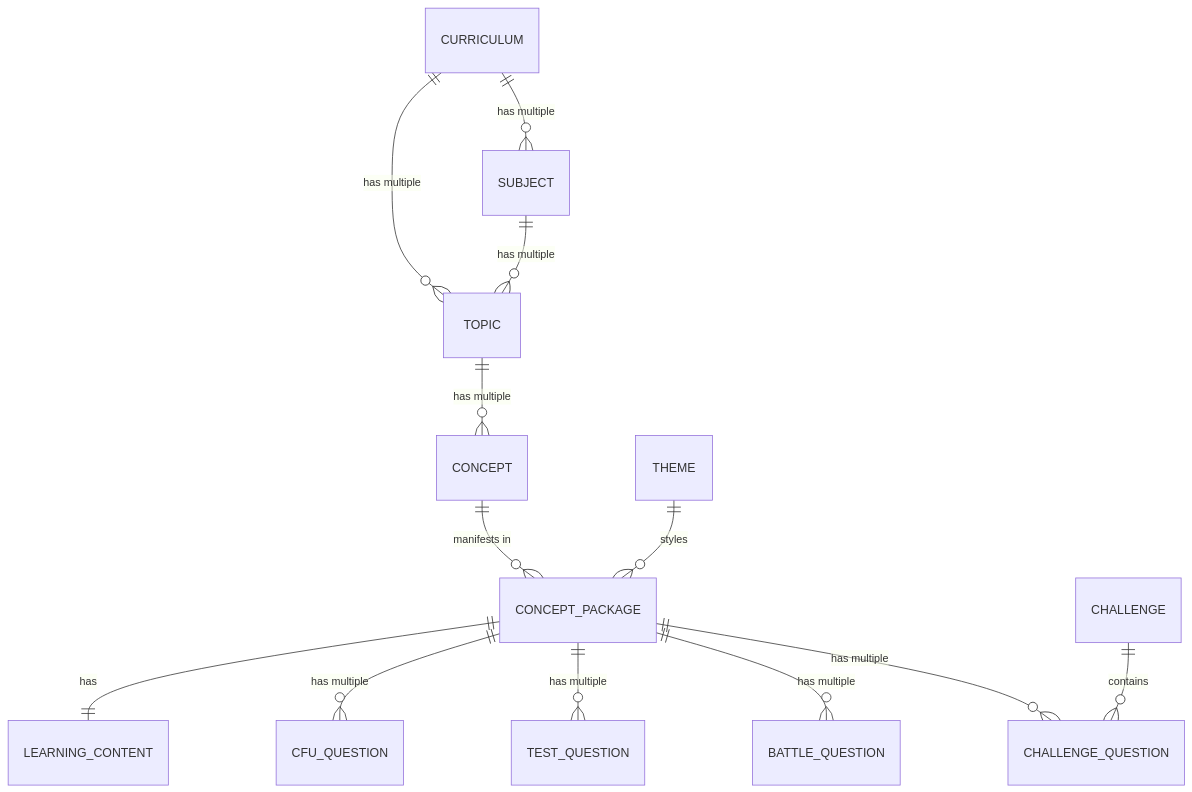
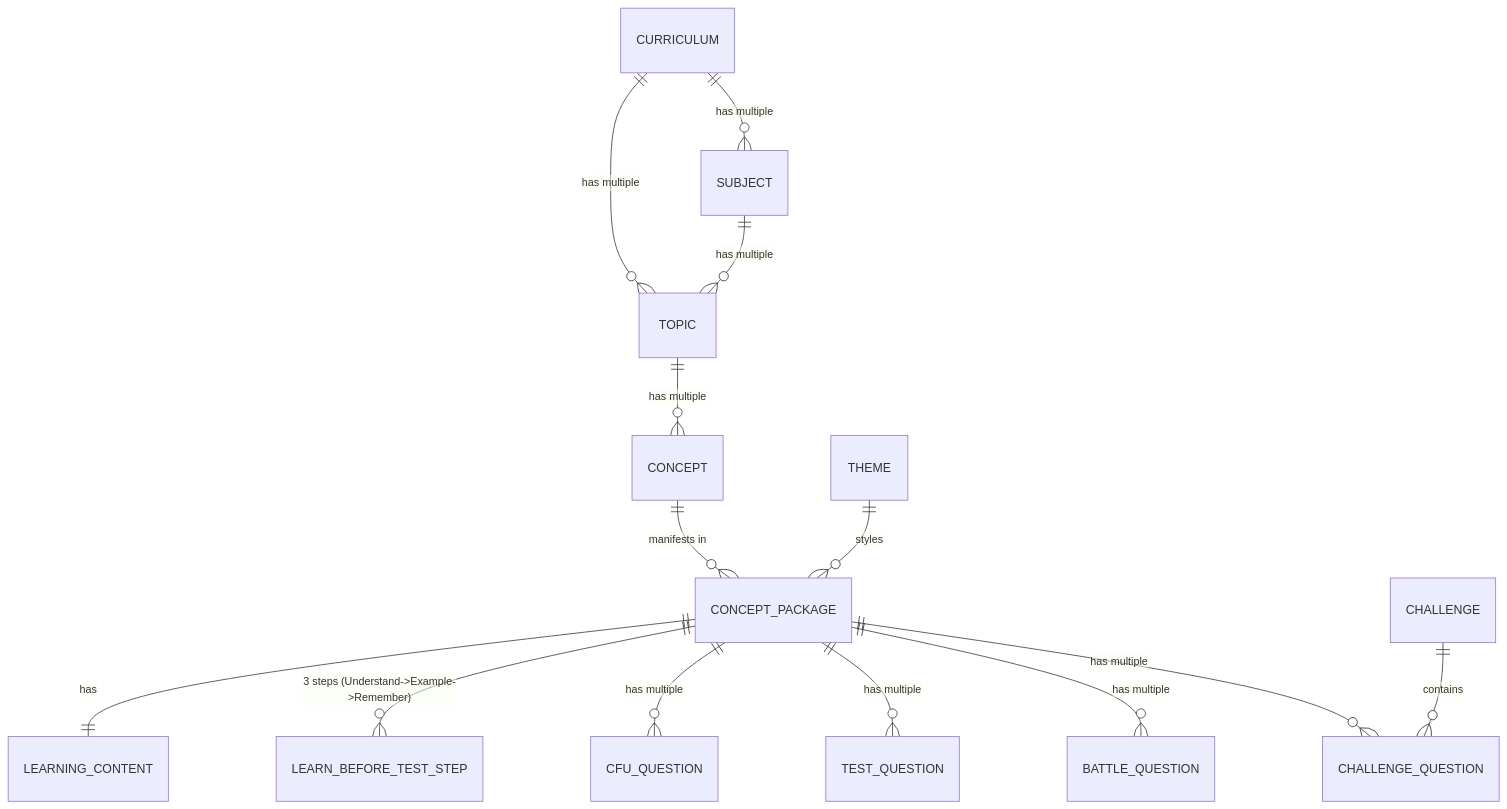
One commit to goel-prakhar/kidsverse changed the diagram in CURRICULUM_CONTENT_API.md. Above: the diagram before and after it, drawn with Mermaid. The commit also changed other lines of this file and 14 other files, not shown here.

````diff
--- a/CURRICULUM_CONTENT_API.md
+++ b/CURRICULUM_CONTENT_API.md
@@ -11,15 +11,16 @@
 ```mermaid
 erDiagram
     CURRICULUM ||--o{ SUBJECT : "has multiple"
     CURRICULUM ||--o{ TOPIC : "has multiple"
     SUBJECT ||--o{ TOPIC : "has multiple"
     TOPIC ||--o{ CONCEPT : "has multiple"
     CONCEPT ||--o{ CONCEPT_PACKAGE : "manifests in"
     THEME ||--o{ CONCEPT_PACKAGE : "styles"
     CONCEPT_PACKAGE ||--|| LEARNING_CONTENT : "has"
+    CONCEPT_PACKAGE ||--o{ LEARN_BEFORE_TEST_STEP : "3 steps (Understand->Example->Remember)"
     CONCEPT_PACKAGE ||--o{ CFU_QUESTION : "has multiple"
     CONCEPT_PACKAGE ||--o{ TEST_QUESTION : "has multiple"
     CONCEPT_PACKAGE ||--o{ BATTLE_QUESTION : "has multiple"
     CONCEPT_PACKAGE ||--o{ CHALLENGE_QUESTION : "has multiple"
     CHALLENGE ||--o{ CHALLENGE_QUESTION : "contains"
 ```
````
